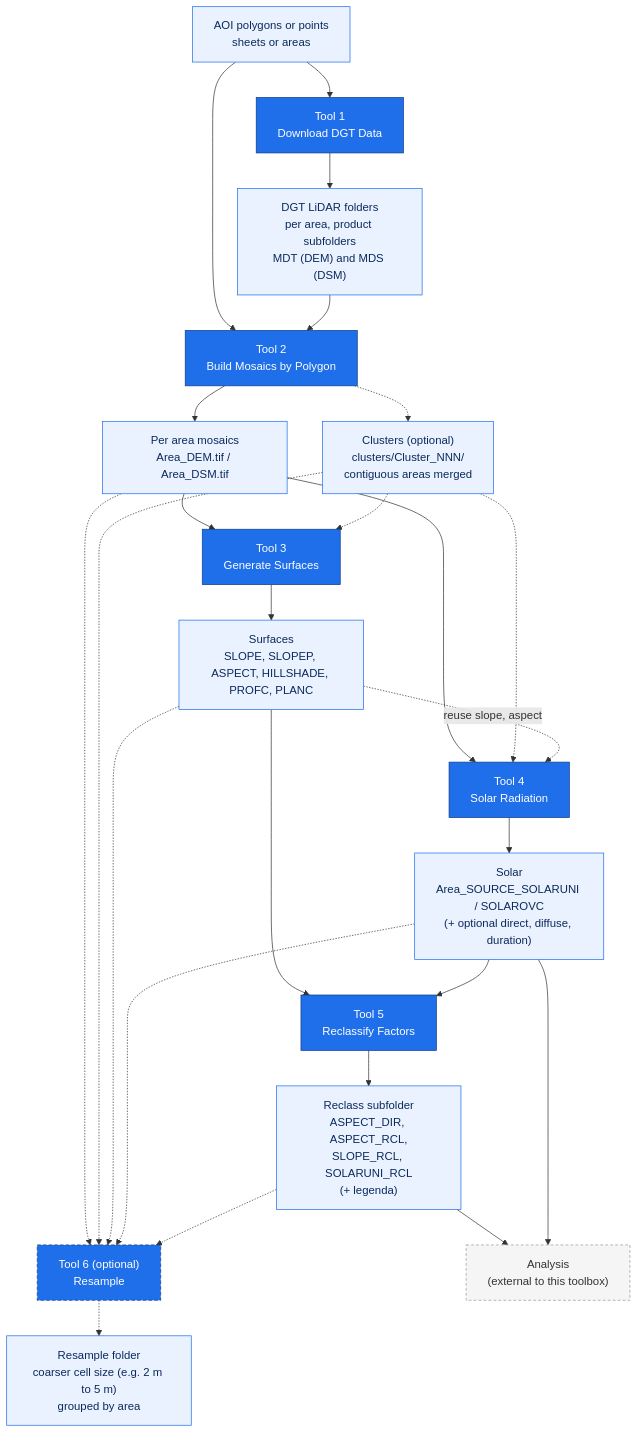
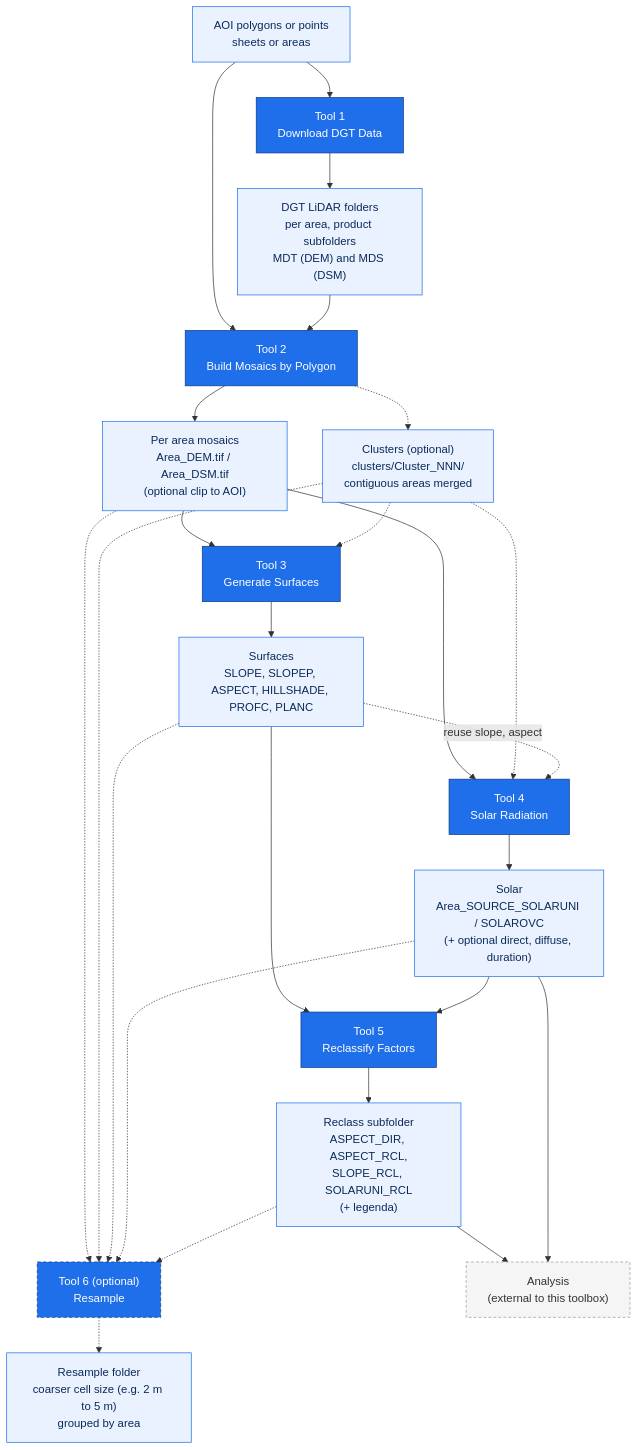
One commit to PedroMMGoncalves/lidar-terrain-arcgis-tools changed the diagram in README.md. Above: the diagram before and after it, drawn with Mermaid. The commit also changed other lines of this file, not shown here.

````diff
--- a/README.md
+++ b/README.md
@@ -55,38 +55,38 @@
 ```mermaid
 flowchart TD
     AOI["AOI polygons or points<br/>sheets or areas"]
     AOI --> TDL["Tool 1<br/>Download DGT Data"]
     TDL --> LID["DGT LiDAR folders<br/>per area, product subfolders<br/>MDT (DEM) and MDS (DSM)"]
     AOI --> T1
     LID --> T1
     T1["Tool 2<br/>Build Mosaics by Polygon"]
-    T1 --> M["Per area mosaics<br/>Area_DEM.tif / Area_DSM.tif"]
+    T1 --> M["Per area mosaics<br/>Area_DEM.tif / Area_DSM.tif<br/>(optional clip to AOI)"]
     T1 -.-> CL["Clusters (optional)<br/>clusters/Cluster_NNN/<br/>contiguous areas merged"]
     M --> T2["Tool 3<br/>Generate Surfaces"]
     M --> T3["Tool 4<br/>Solar Radiation"]
     M -.-> T5["Tool 6 (optional)<br/>Resample"]
     CL -.-> T2
     CL -.-> T3
     CL -.-> T5
     T2 --> S["Surfaces<br/>SLOPE, SLOPEP, ASPECT, HILLSHADE, PROFC, PLANC"]
     S -.->|reuse slope, aspect| T3
     T3 --> SOL["Solar<br/>Area_SOURCE_SOLARUNI / SOLAROVC<br/>(+ optional direct, diffuse, duration)"]
     T5 -.-> RS["Resample folder<br/>coarser cell size (e.g. 2 m to 5 m)<br/>grouped by area"]
     S -.-> T5
     SOL -.-> T5
     RCL -.-> T5
     S --> T4["Tool 5<br/>Reclassify Factors"]
     SOL --> T4
     T4 --> RCL["Reclass subfolder<br/>ASPECT_DIR, ASPECT_RCL,<br/>SLOPE_RCL, SOLARUNI_RCL<br/>(+ legenda)"]
     RCL --> EXT["Analysis<br/>(external to this toolbox)"]
     SOL --> EXT
 
     classDef tool fill:#1f6feb,stroke:#0d3b8a,color:#ffffff;
     classDef opttool fill:#1f6feb,stroke:#0d3b8a,color:#ffffff,stroke-dasharray:5 3;
     classDef data fill:#eaf2ff,stroke:#1f6feb,color:#0b2a5b;
     classDef ext fill:#f5f5f5,stroke:#999999,color:#333333,stroke-dasharray:4 3;
     class TDL,T1,T2,T3,T4 tool;
     class T5 opttool;
     class AOI,LID,M,S,SOL,RCL,RS,CL data;
     class EXT ext;
 ```
````
